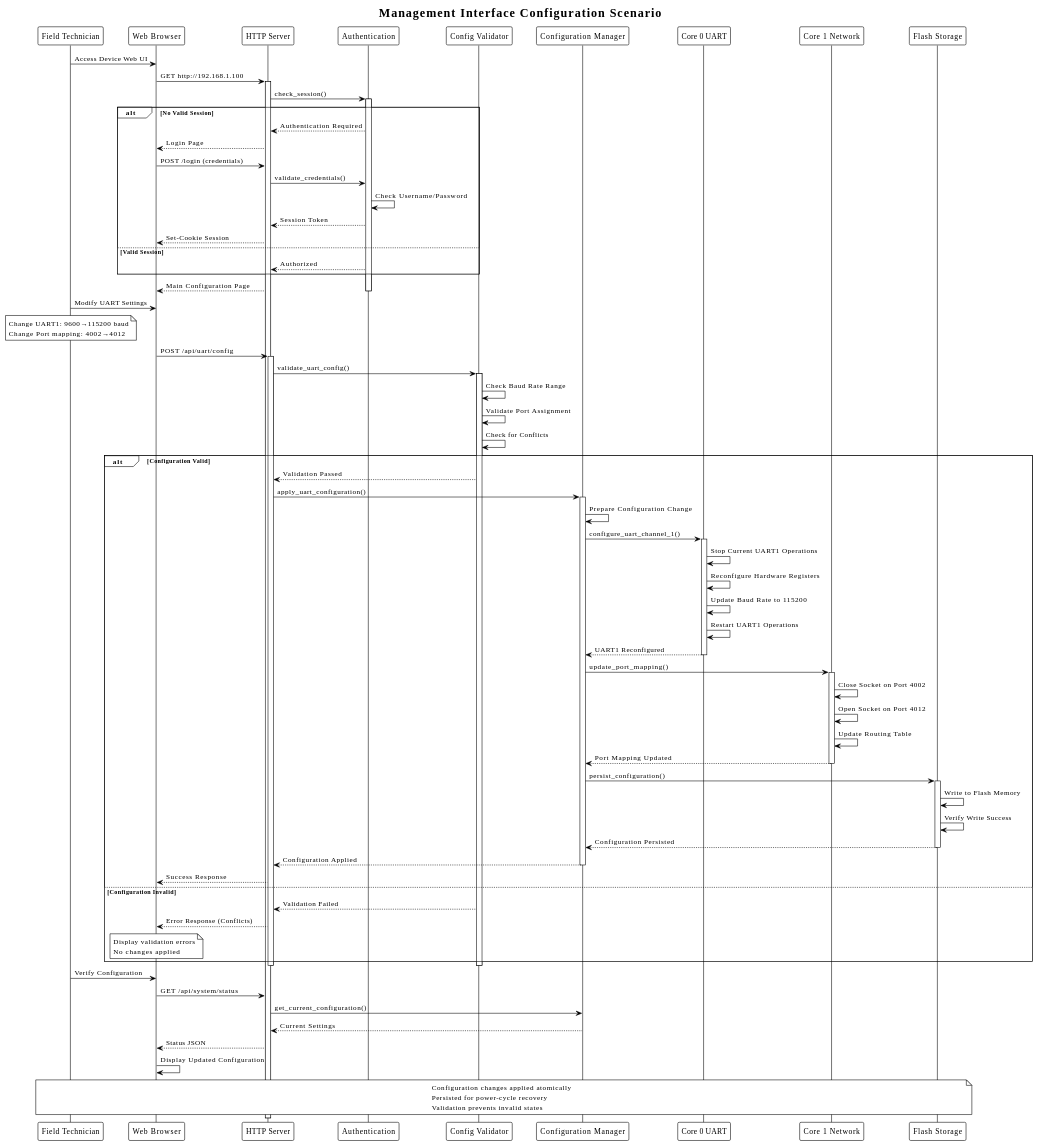
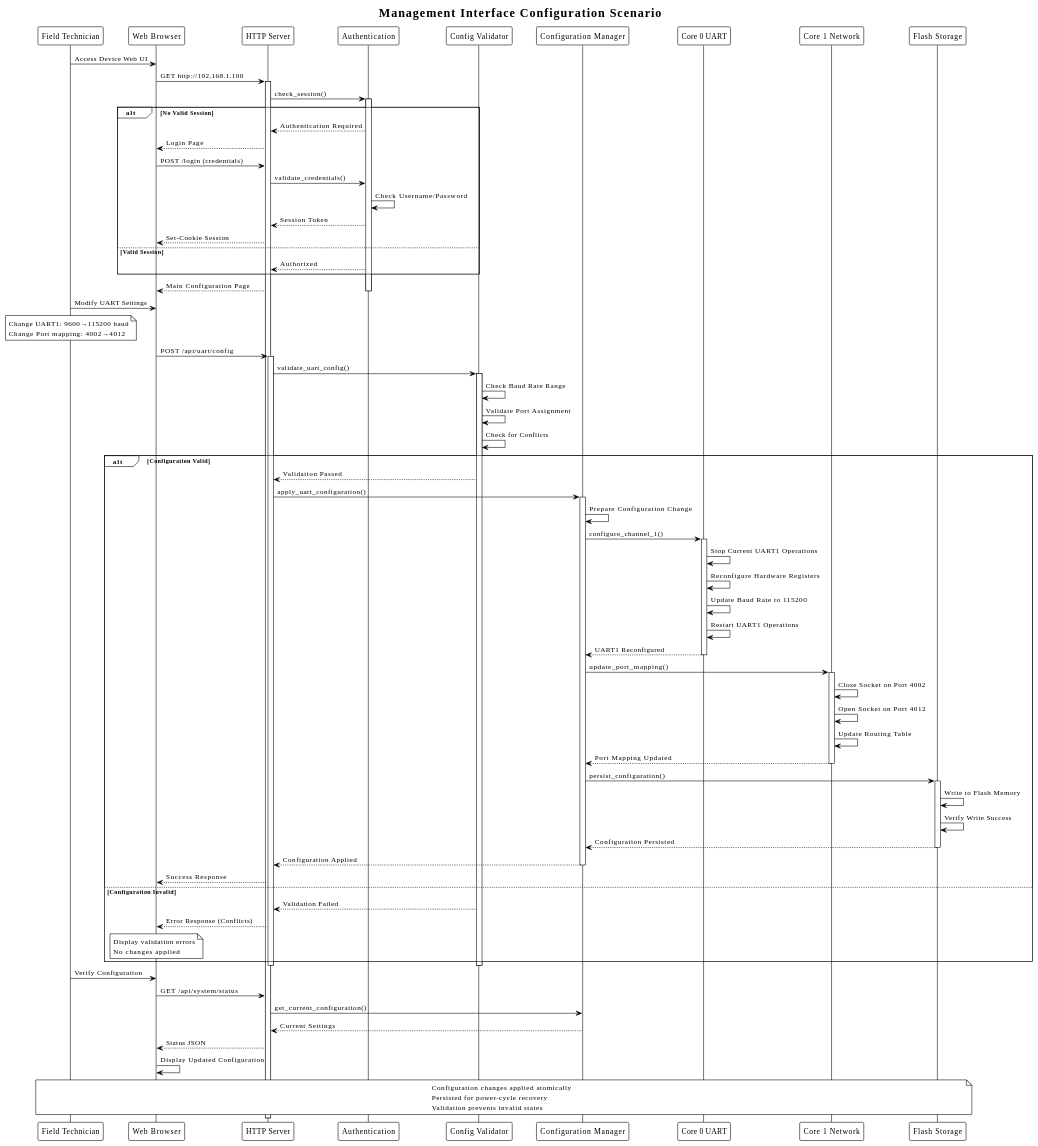
Diagram 11 of 11 in src/docs/arc42/chapters/06_runtime_view.adoc (haxorsebb/UART2ETH), drawn with PlantUML before and after one commit. The commit also changed 52 other files, not shown here.

First line of the commit message:
Refactor UART system: implement 4-channel architecture with driver interface pattern

```diff
--- a/src/docs/arc42/chapters/06_runtime_view.adoc
+++ b/src/docs/arc42/chapters/06_runtime_view.adoc
@@ -1173,7 +1173,7 @@
     HTTP -> CFG: apply_uart_configuration()
     activate CFG
     CFG -> CFG: Prepare Configuration Change
-    CFG -> C0: configure_uart_channel_1()
+    CFG -> C0: configure_channel_1()
     activate C0
     C0 -> C0: Stop Current UART1 Operations
     C0 -> C0: Reconfigure Hardware Registers
```
